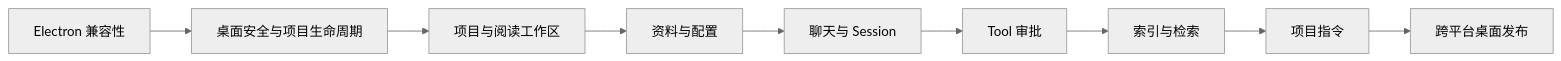
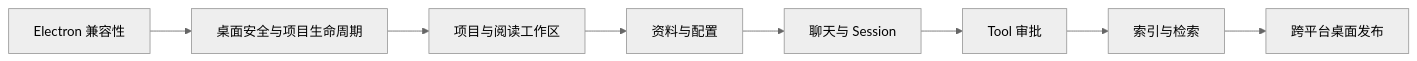
The diagram in docs/DEVELOPMENT_PLAN.md (Mengman/CleoDoc), drawn with Mermaid (neutral theme) before and after one commit. The commit also changed other lines of this file and 9 other files, not shown here.

````diff
--- a/docs/DEVELOPMENT_PLAN.md
+++ b/docs/DEVELOPMENT_PLAN.md
@@ -333,11 +311,10 @@
 ```mermaid
 flowchart LR
     A["Electron 兼容性"] --> B["桌面安全与项目生命周期"]
     B --> C["项目与阅读工作区"]
     C --> D["资料与配置"]
     D --> E["聊天与 Session"]
     E --> F["Tool 审批"]
     F --> G["索引与检索"]
-    G --> H["项目指令"]
-    H --> I["跨平台桌面发布"]
+    G --> H["跨平台桌面发布"]
 ```
````
